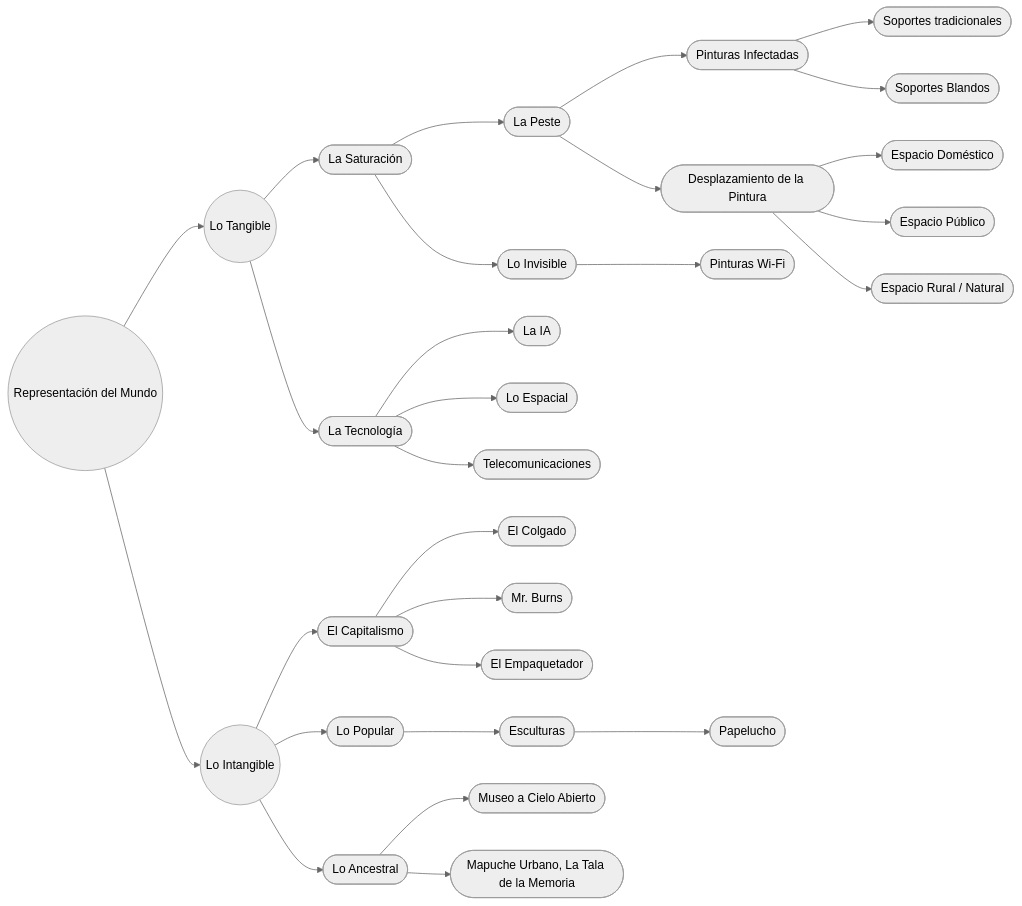
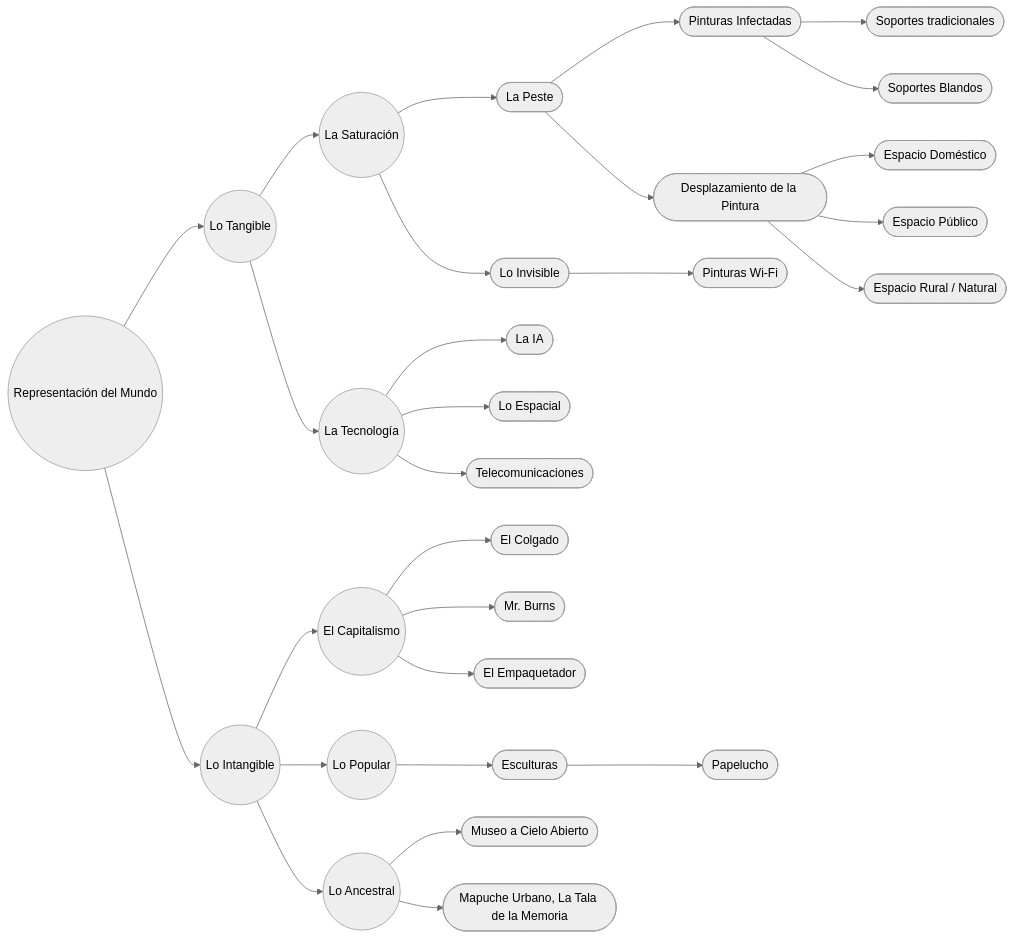
One commit to EGGS-Artesvisuales/EGGS-Artesvisuales.github.io changed the first of 3 diagrams in ES/diagrama.md. Above: the diagram before and after it, drawn with Mermaid (neutral theme). The commit also changed other lines of this file, not shown here.

```diff
--- a/ES/diagrama.md
+++ b/ES/diagrama.md
@@ -26,69 +26,69 @@
 <div class="mermaid">
 graph LR
   A((Representación del Mundo)) --> A1((Lo Tangible))
   A --> A2((Lo Intangible))
 
-  A1 --> A1a([La Saturación])
+  A1 --> A1a((La Saturación))
   A1a --> A1a1([La Peste])
   A1a1 --> A1a1a([Pinturas Infectadas])
   A1a1a --> A1a1a1([Soportes tradicionales])
   A1a1a --> A1a1a2([Soportes Blandos])
 
   A1a1 --> A1a1b([Desplazamiento de la Pintura])
   A1a1b --> A1a1b1([Espacio Doméstico])
   A1a1b --> A1a1b2([Espacio Público])
   A1a1b --> A1a1b3([Espacio Rural / Natural])
 
   A1a --> A1a2([Lo Invisible])
   A1a2 --> A1a2a([Pinturas Wi-Fi])
 
-  A1 --> A1b([La Tecnología])
+  A1 --> A1b((La Tecnología))
   A1b --> A1b1([La IA])
   A1b --> A1b2([Lo Espacial])
   A1b --> A1b3([Telecomunicaciones])
 
-  A2 --> A2a([El Capitalismo])
+  A2 --> A2a((El Capitalismo))
   A2a --> A2a1([El Colgado])
   A2a --> A2a2([Mr. Burns])
   A2a --> A2a3([El Empaquetador])
 
-  A2 --> A2b([Lo Popular])
+  A2 --> A2b((Lo Popular))
   A2b --> A2b1([Esculturas])
   A2b1 --> A2b1a([Papelucho])
 
-  A2 --> A2c([Lo Ancestral])
+  A2 --> A2c((Lo Ancestral))
   A2c --> A2c1([Museo a Cielo Abierto])
   A2c --> A2c2([Mapuche Urbano, La Tala de la Memoria])
 
   %% Enlaces (existentes)
   click A "mundo-exterior.html" "Ir a Representación del Mundo"
   click A1 "tangible.html" "Ir a Lo Tangible"
   click A2 "intangible.html" "Ir a Lo Intangible"
   click A1a "saturacion.html" "Ir a La Saturación"
   click A1a1 "la-peste.html" "Ir a La Peste"
   click A1a1a "peste-pinturas-infectadas.html" "Ir a Pinturas infectadas"
   click A1a1b "desplazamiento-pintura.html" "Ir a Desplazamiento de la Pintura"
   click A1a1b1 "espacio-domestico.html" "Ir a Espacio Doméstico"
   click A1a1b2 "espacio-publico.html" "Ir a Espacio Público"
   click A1a1b3 "espacio-rural.html" "Ir a Espacio Rural / Natural"
   click A1a2 "lo-invisible.html" "Ir a Lo Invisible"
   click A2c1 "musoe-cielo-abierto.html" "Ir a Museo a Cielo Abierto"
 
   %% Enlaces (no existentes aún -> en construcción)
   click A1a1a1 "en-construccion.html" "En construcción"
   click A1a1a2 "en-construccion.html" "En construcción"
   click A1a2a "en-construccion.html" "En construcción"
   click A1b "en-construccion.html" "En construcción"
   click A1b1 "en-construccion.html" "En construcción"
   click A1b2 "en-construccion.html" "En construcción"
   click A1b3 "en-construccion.html" "En construcción"
   click A2a "en-construccion.html" "En construcción"
   click A2a1 "en-construccion.html" "En construcción"
   click A2a2 "en-construccion.html" "En construcción"
   click A2a3 "en-construccion.html" "En construcción"
   click A2b "en-construccion.html" "En construcción"
   click A2b1 "en-construccion.html" "En construcción"
   click A2b1a "en-construccion.html" "En construcción"
   click A2c "en-construccion.html" "En construcción"
   click A2c2 "en-construccion.html" "En construcción"
 </div>
```
